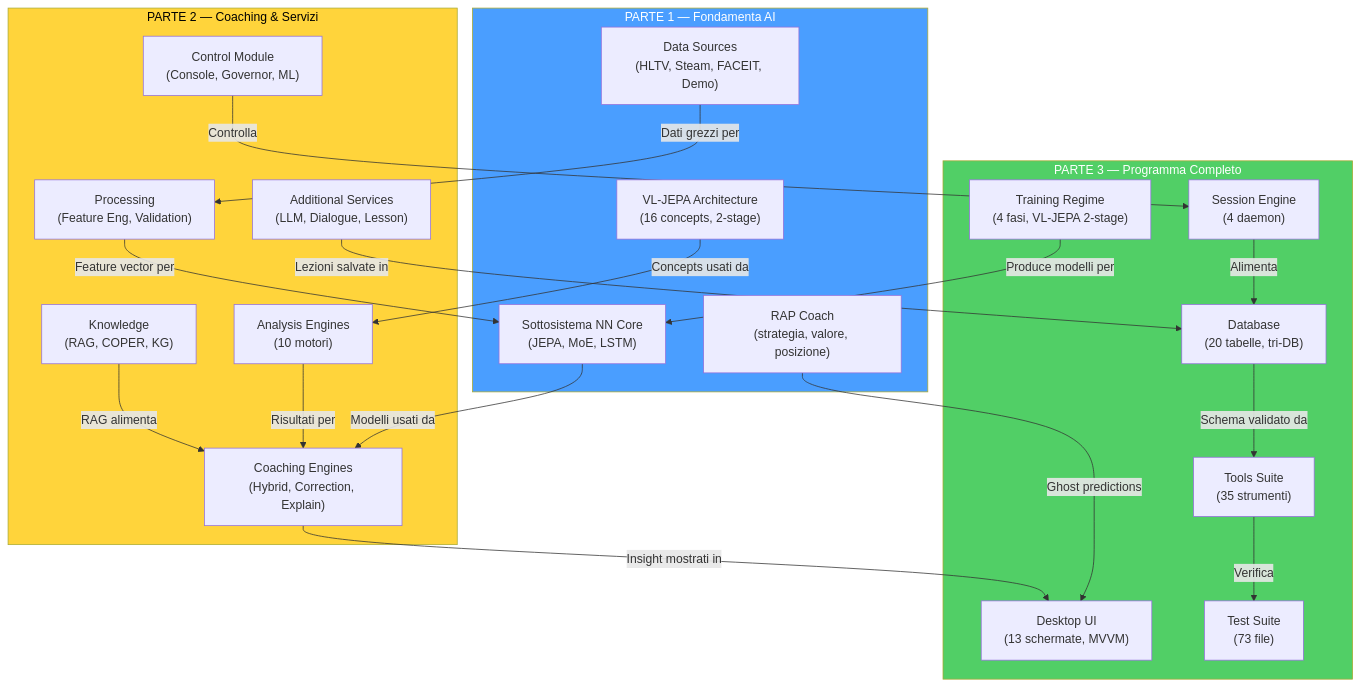
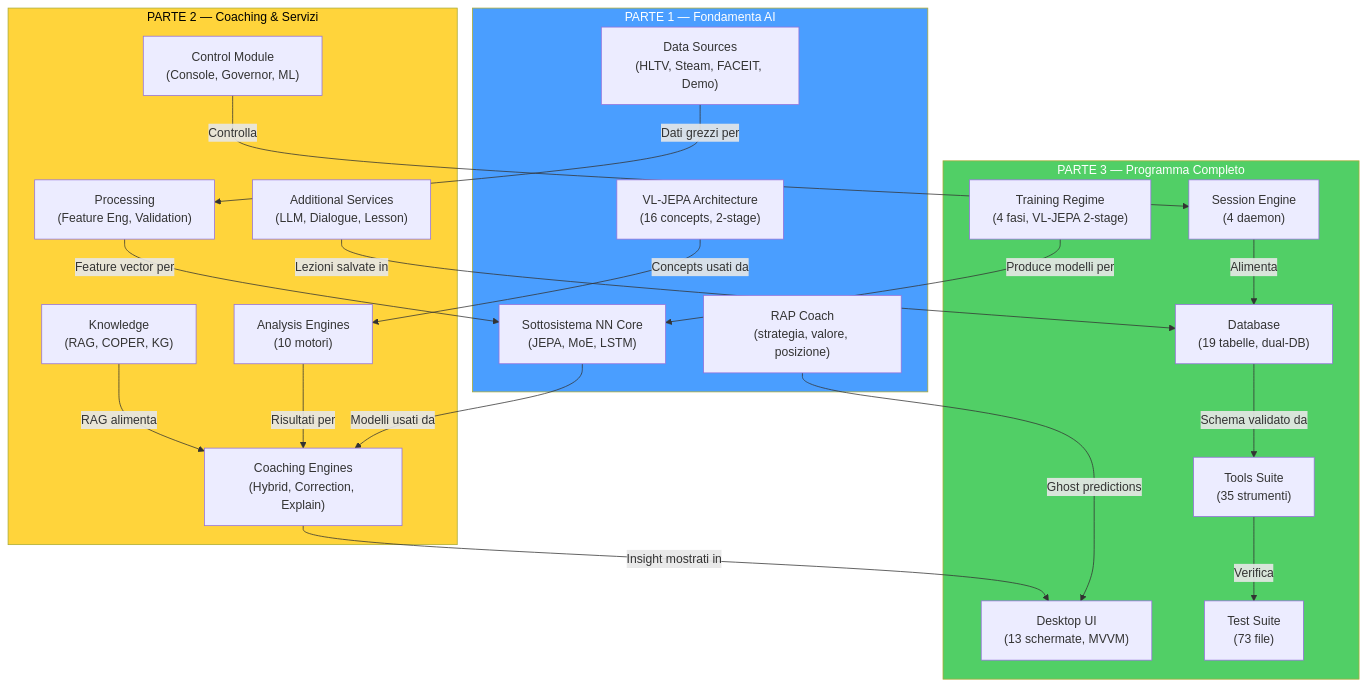
One commit to renanaugustomacena-ux/Counter-Strike-coach-AI changed diagram 55 of 55 in docs/Book-Coach-3.md. Above: the diagram before and after it, drawn with Mermaid. The commit also changed other lines of this file, not shown here.

````diff
--- a/docs/Book-Coach-3.md
+++ b/docs/Book-Coach-3.md
@@ -2964,44 +2960,44 @@
 ```mermaid
 flowchart TB
     subgraph PART1["PARTE 1 — Fondamenta AI"]
         P1_NN["Sottosistema NN Core<br/>(JEPA, MoE, LSTM)"]
         P1_VL["VL-JEPA Architecture<br/>(16 concepts, 2-stage)"]
         P1_RAP["RAP Coach<br/>(strategia, valore, posizione)"]
         P1_DS["Data Sources<br/>(HLTV, Steam, FACEIT, Demo)"]
     end
     subgraph PART2["PARTE 2 — Coaching & Servizi"]
         P2_CE["Coaching Engines<br/>(Hybrid, Correction, Explain)"]
         P2_SV["Additional Services<br/>(LLM, Dialogue, Lesson)"]
         P2_AN["Analysis Engines<br/>(10 motori)"]
         P2_KN["Knowledge<br/>(RAG, COPER, KG)"]
         P2_PR["Processing<br/>(Feature Eng, Validation)"]
         P2_CT["Control Module<br/>(Console, Governor, ML)"]
     end
     subgraph PART3["PARTE 3 — Programma Completo"]
-        P3_DB["Database<br/>(20 tabelle, tri-DB)"]
+        P3_DB["Database<br/>(19 tabelle, dual-DB)"]
         P3_TR["Training Regime<br/>(4 fasi, VL-JEPA 2-stage)"]
         P3_UI["Desktop UI<br/>(13 schermate, MVVM)"]
         P3_SE["Session Engine<br/>(4 daemon)"]
         P3_TL["Tools Suite<br/>(35 strumenti)"]
         P3_TS["Test Suite<br/>(73 file)"]
     end
 
     P1_NN -->|"Modelli usati da"| P2_CE
     P1_VL -->|"Concepts usati da"| P2_AN
     P1_RAP -->|"Ghost predictions"| P3_UI
     P1_DS -->|"Dati grezzi per"| P2_PR
     P2_CE -->|"Insight mostrati in"| P3_UI
     P2_SV -->|"Lezioni salvate in"| P3_DB
     P2_AN -->|"Risultati per"| P2_CE
     P2_KN -->|"RAG alimenta"| P2_CE
     P2_PR -->|"Feature vector per"| P1_NN
     P2_CT -->|"Controlla"| P3_SE
     P3_DB -->|"Schema validato da"| P3_TL
     P3_TR -->|"Produce modelli per"| P1_NN
     P3_SE -->|"Alimenta"| P3_DB
     P3_TL -->|"Verifica"| P3_TS
 
     style PART1 fill:#4a9eff,color:#fff
     style PART2 fill:#ffd43b,color:#000
     style PART3 fill:#51cf66,color:#fff
 ```
````
